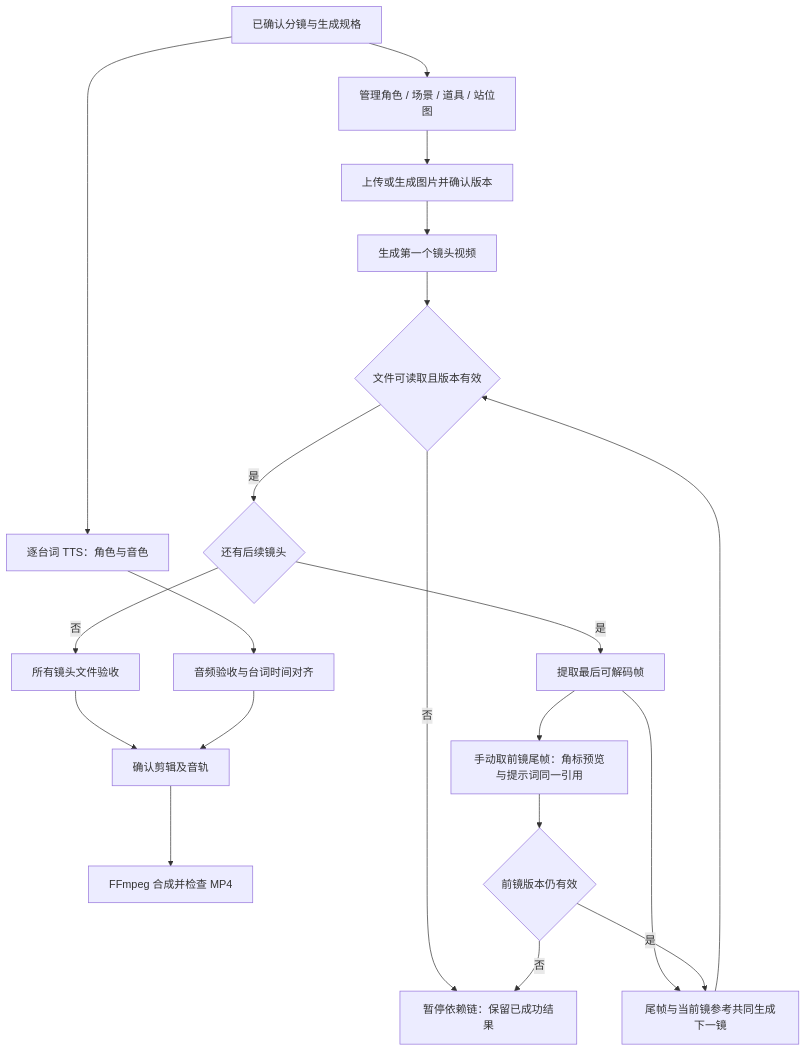
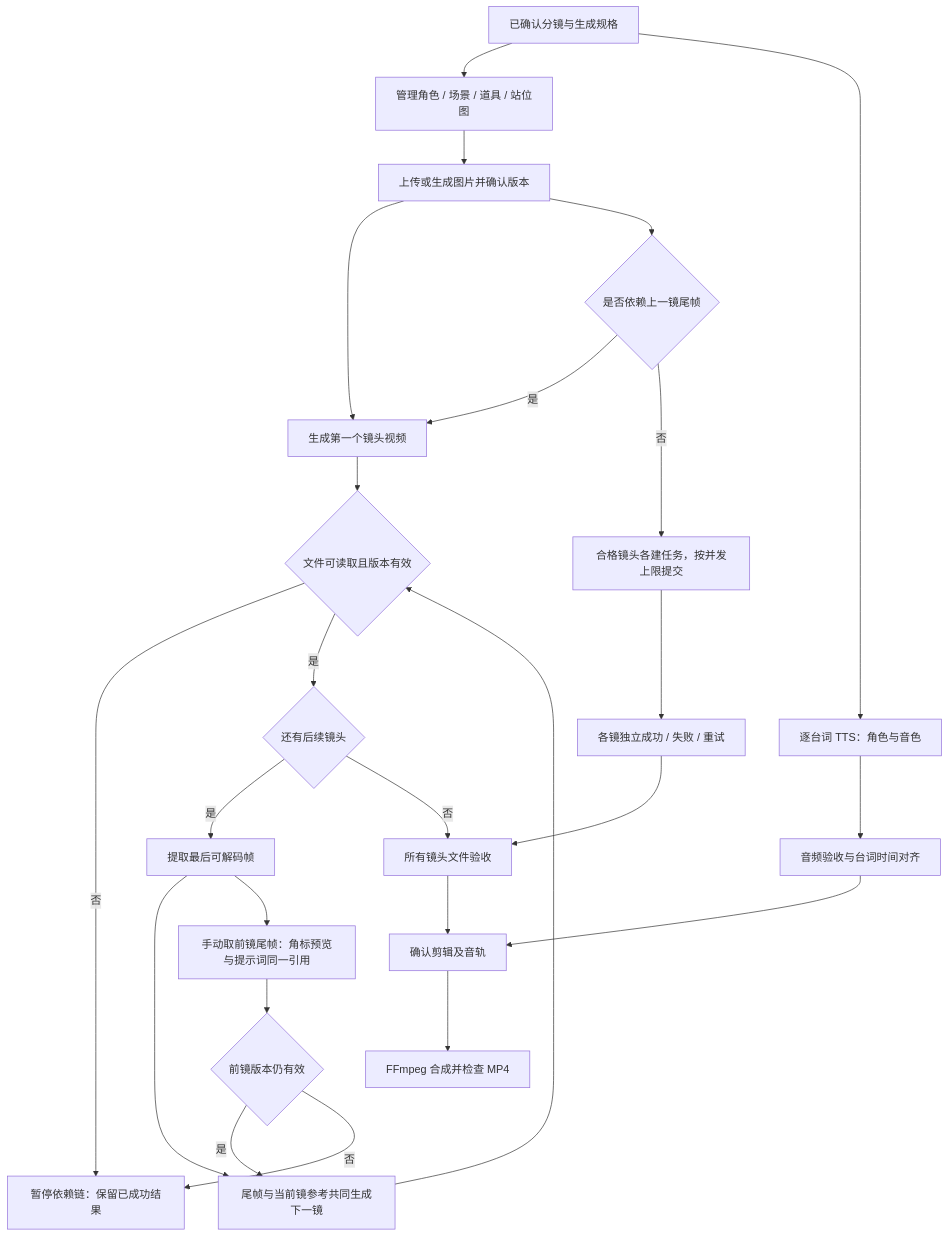
The diagram in interaction-prd-workspace/reference/technical-diagrams/05-media-chain.mmd (federra/MengyuanAI), drawn with Mermaid before and after one commit. The commit also changed 47 other files, not shown here.

```diff
--- a/interaction-prd-workspace/reference/technical-diagrams/05-media-chain.mmd
+++ b/interaction-prd-workspace/reference/technical-diagrams/05-media-chain.mmd
@@ -1,21 +1,27 @@
 flowchart TB
   B[已确认分镜与生成规格] --> R[管理角色 / 场景 / 道具 / 站位图]
   R --> RC[上传或生成图片并确认版本]
   B --> T[逐台词 TTS：角色与音色]
   RC --> V1[生成第一个镜头视频]
   V1 --> OK{文件可读取且版本有效}
   OK -->|否| PAUSE[暂停依赖链：保留已成功结果]
   OK -->|是| NEXT{还有后续镜头}
   NEXT -->|是| FRAME[提取最后可解码帧]
   FRAME --> V2[尾帧与当前镜参考共同生成下一镜]
   V2 --> OK
   NEXT -->|否| READY[所有镜头文件验收]
   T --> AUDIO[音频验收与台词时间对齐]
   READY --> EDIT[确认剪辑及音轨]
   AUDIO --> EDIT
   EDIT --> RENDER[FFmpeg 合成并检查 MP4]
 
   FRAME --> MANUAL[手动取前镜尾帧：角标预览与提示词同一引用]
   MANUAL --> VERSION{前镜版本仍有效}
   VERSION -->|是| V2
   VERSION -->|否| PAUSE
+
+  RC --> G{是否依赖上一镜尾帧}
+  G -->|是| V1
+  G -->|否| P[合格镜头各建任务，按并发上限提交]
+  P --> RESULT[各镜独立成功 / 失败 / 重试]
+  RESULT --> READY
```
